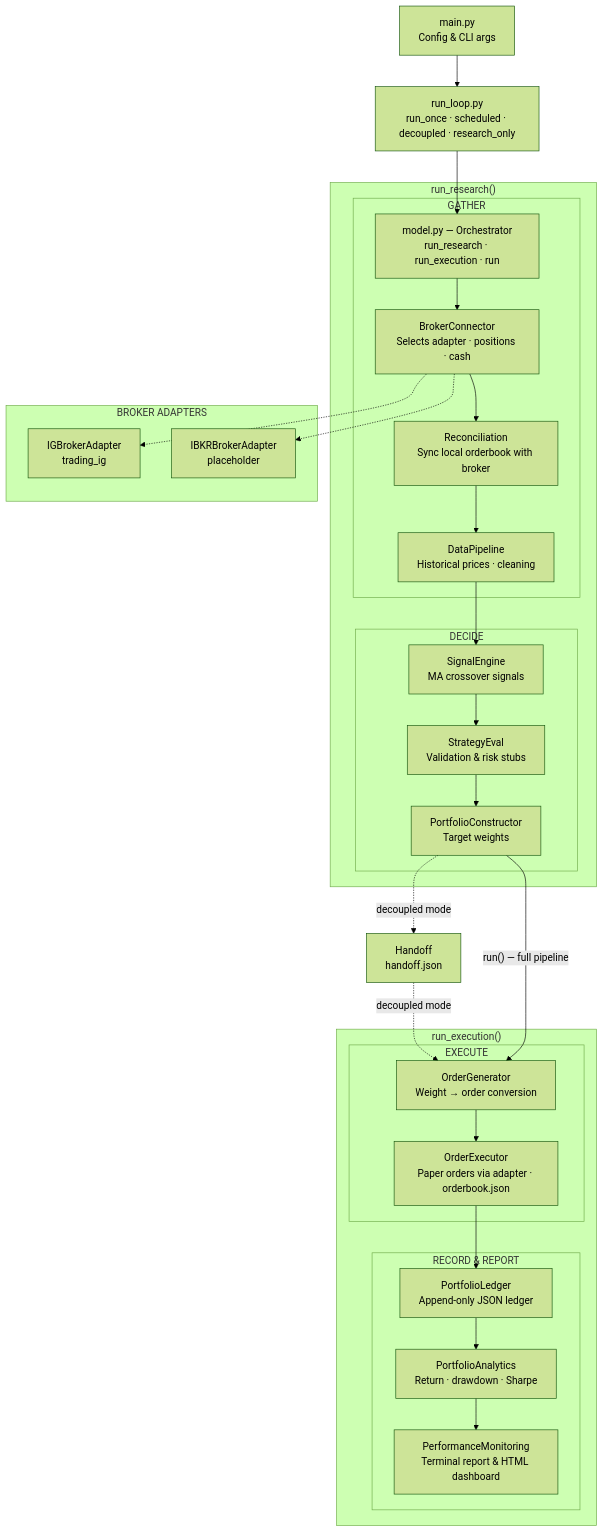
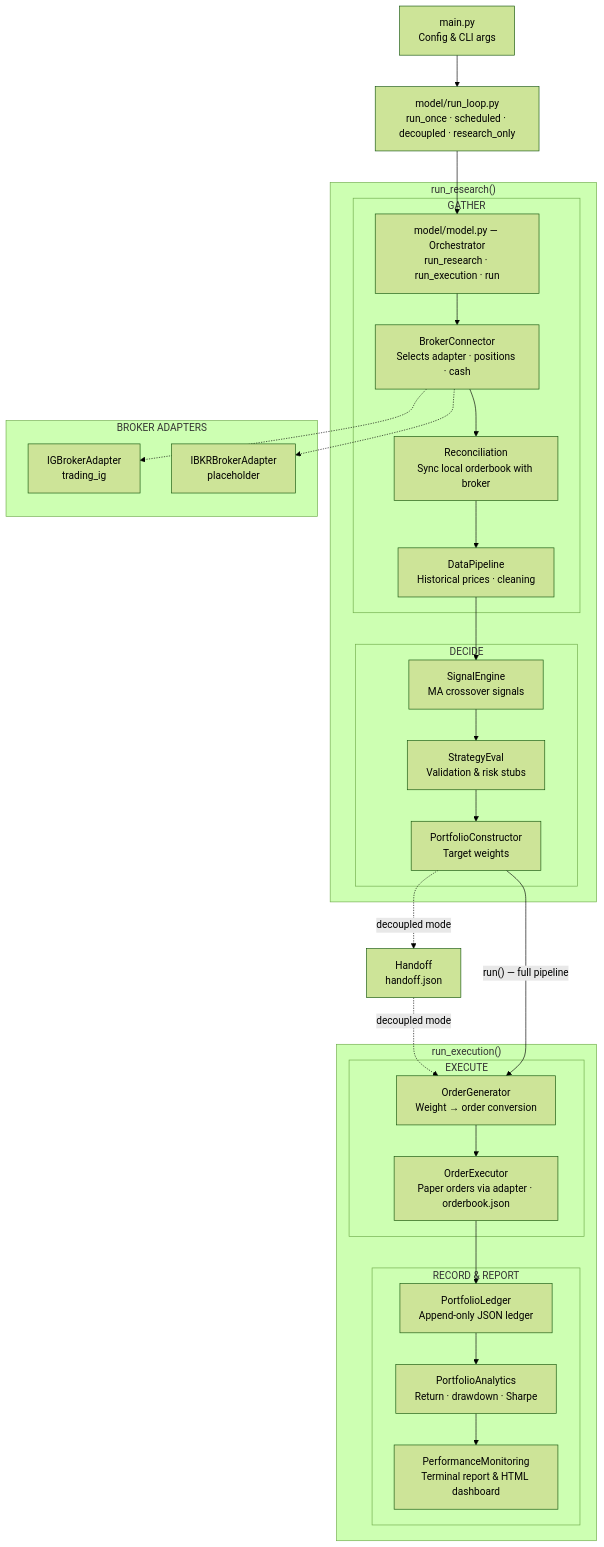
The diagram in README.md (Braumeister-Stefan/Tradinator), drawn with Mermaid (forest theme) before and after one commit. The commit also changed other lines of this file, not shown here.

Commit message:
docs: fix stale paths and references in README
- Mermaid flowchart: prefix run_loop.py and model.py with model/
- Remove VS Code workspace line (no .vscode config exists)
- Simplify IBKR header: 'not yet implemented' (drop 'placeholder —')

````diff
--- a/README.md
+++ b/README.md
@@ -15,42 +15,42 @@
 ```mermaid
 flowchart TD
-    A[main.py<br/>Config & CLI args] --> RL[run_loop.py<br/>run_once · scheduled · decoupled · research_only]
-    RL --> B[model.py — Orchestrator<br/>run_research · run_execution · run]
+    A[main.py<br/>Config & CLI args] --> RL[model/run_loop.py<br/>run_once · scheduled · decoupled · research_only]
+    RL --> B[model/model.py — Orchestrator<br/>run_research · run_execution · run]
 
     subgraph "run_research()"
         subgraph GATHER
             B --> C[BrokerConnector<br/>Selects adapter · positions · cash]
             C --> R[Reconciliation<br/>Sync local orderbook with broker]
             R --> D[DataPipeline<br/>Historical prices · cleaning]
         end
 
         subgraph DECIDE
             D --> E[SignalEngine<br/>MA crossover signals]
             E --> F[StrategyEval<br/>Validation & risk stubs]
             F --> G[PortfolioConstructor<br/>Target weights]
         end
     end
 
     G -.->|"decoupled mode"| HO[Handoff<br/>handoff.json]
     HO -.->|"decoupled mode"| H
 
     subgraph "run_execution()"
         subgraph EXECUTE
             H[OrderGenerator<br/>Weight → order conversion]
             H --> I[OrderExecutor<br/>Paper orders via adapter · orderbook.json]
         end
 
         subgraph RECORD & REPORT
             I --> J[PortfolioLedger<br/>Append-only JSON ledger]
             J --> K[PortfolioAnalytics<br/>Return · drawdown · Sharpe]
             K --> L[PerformanceMonitoring<br/>Terminal report & HTML dashboard]
         end
     end
 
     G -->|"run() — full pipeline"| H
 
     subgraph BROKER ADAPTERS
         C -.-> M[IGBrokerAdapter<br/>trading_ig]
         C -.-> N[IBKRBrokerAdapter<br/>placeholder]
     end
 ```
````
